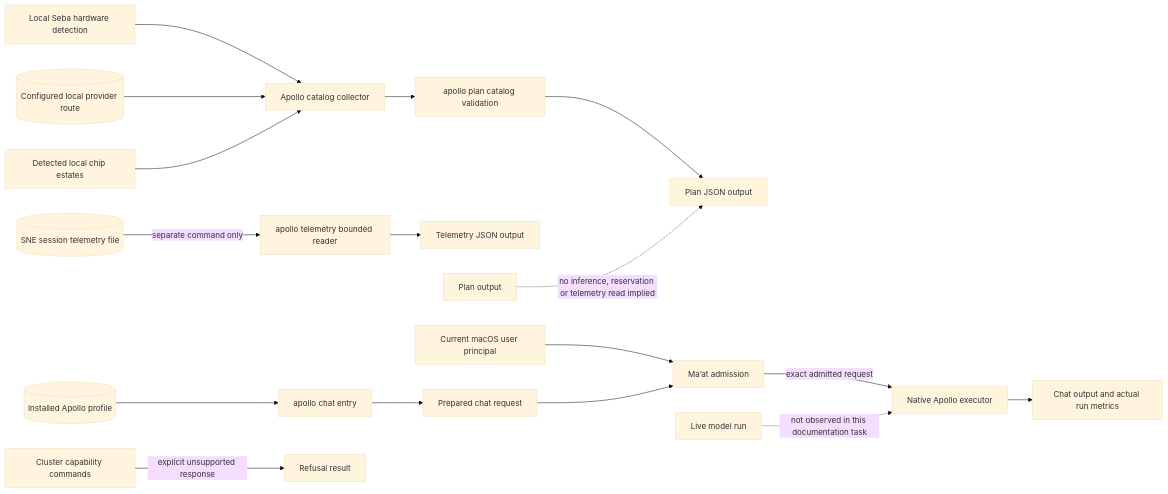
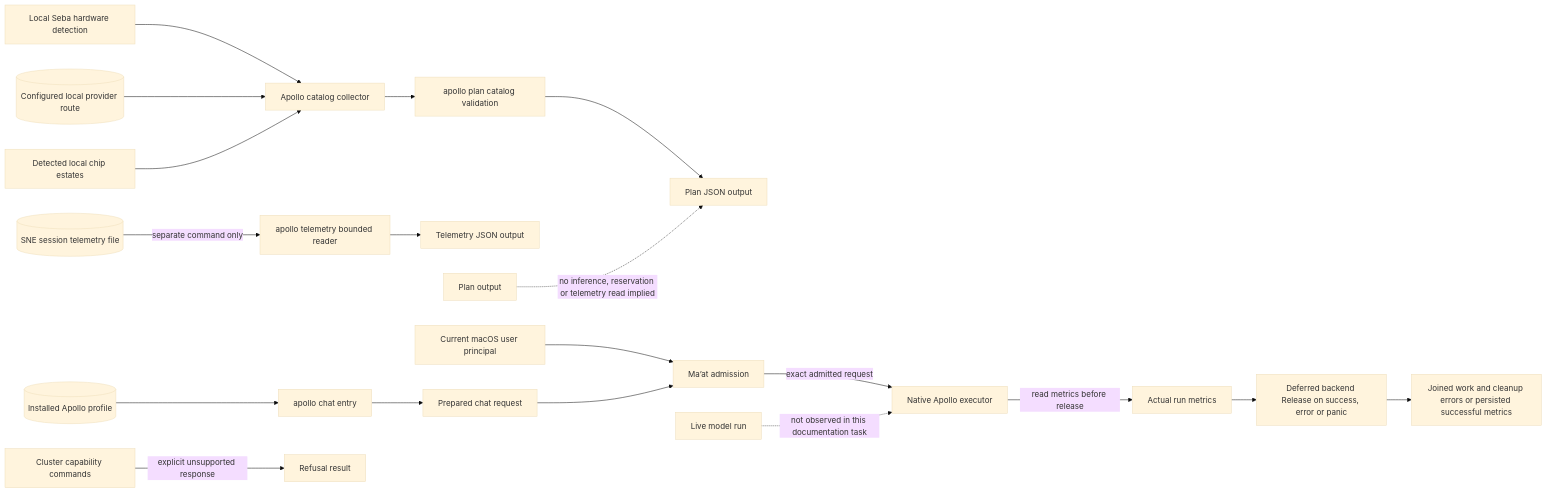
The fourth of 45 diagrams in docs/stacklab/pantheon-pt/canon/DIAGRAMS_PRODUCT_OPERATIONS.md (SirsiMaster/sirsi-pantheon), drawn with Mermaid (base theme) before and after one commit. The commit also changed other lines of this file, not shown here.

````diff
--- a/docs/stacklab/pantheon-pt/canon/DIAGRAMS_PRODUCT_OPERATIONS.md
+++ b/docs/stacklab/pantheon-pt/canon/DIAGRAMS_PRODUCT_OPERATIONS.md
@@ -129,19 +133,21 @@
 ```mermaid
 flowchart LR
   HW[Local Seba hardware detection] --> COLLECT[Apollo catalog collector]
   CONF[(Configured local provider route)] --> COLLECT
   ESTATES[Detected local chip estates] --> COLLECT
   COLLECT --> BUILD[apollo plan catalog validation]
   BUILD --> VIEW[Plan JSON output]
   TELEFILE[(SNE session telemetry file)] -->|separate command only| TREAD[apollo telemetry bounded reader]
   TREAD --> TELEOUT[Telemetry JSON output]
   PROFILE[(Installed Apollo profile)] --> CHAT[apollo chat entry]
   PRINCIPAL[Current macOS user principal] --> ADMIT[Ma’at admission]
   CHAT --> REQUEST[Prepared chat request]
   REQUEST --> ADMIT
   ADMIT -->|exact admitted request| BACKEND[Native Apollo executor]
-  BACKEND --> RESULT[Chat output and actual run metrics]
+  BACKEND -->|read metrics before release| METRICS[Actual run metrics]
+  METRICS --> RELEASE[Deferred backend Release on success, error or panic]
+  RELEASE --> RESULT[Joined work and cleanup errors or persisted successful metrics]
   CLUSTER[Cluster capability commands] -->|explicit unsupported response| REFUSAL[Refusal result]
   PLAN[Plan output] -. no inference, reservation or telemetry read implied .-> VIEW
   LIVE[Live model run] -. not observed in this documentation task .-> BACKEND
 ```
````
